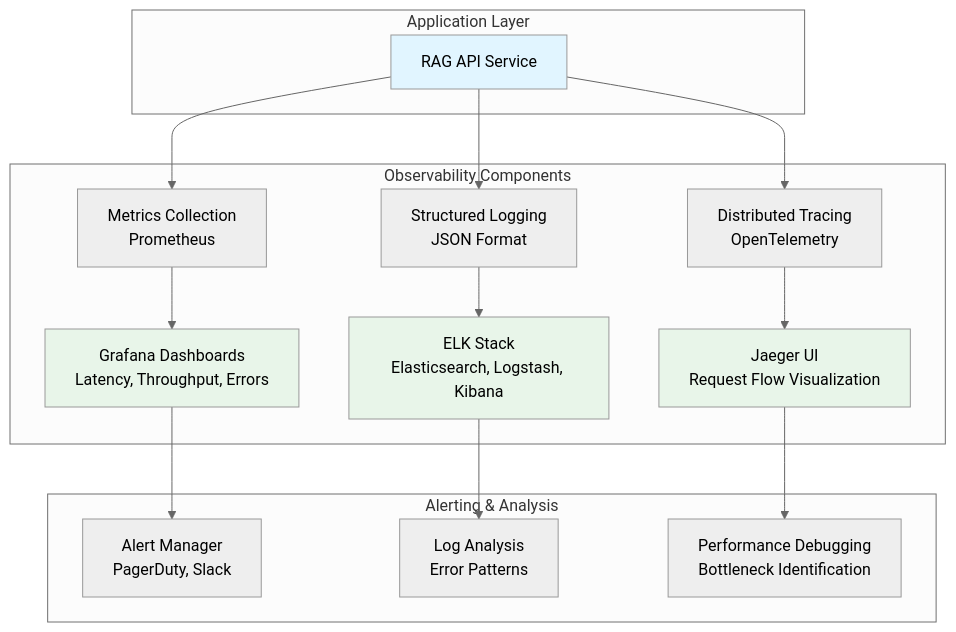
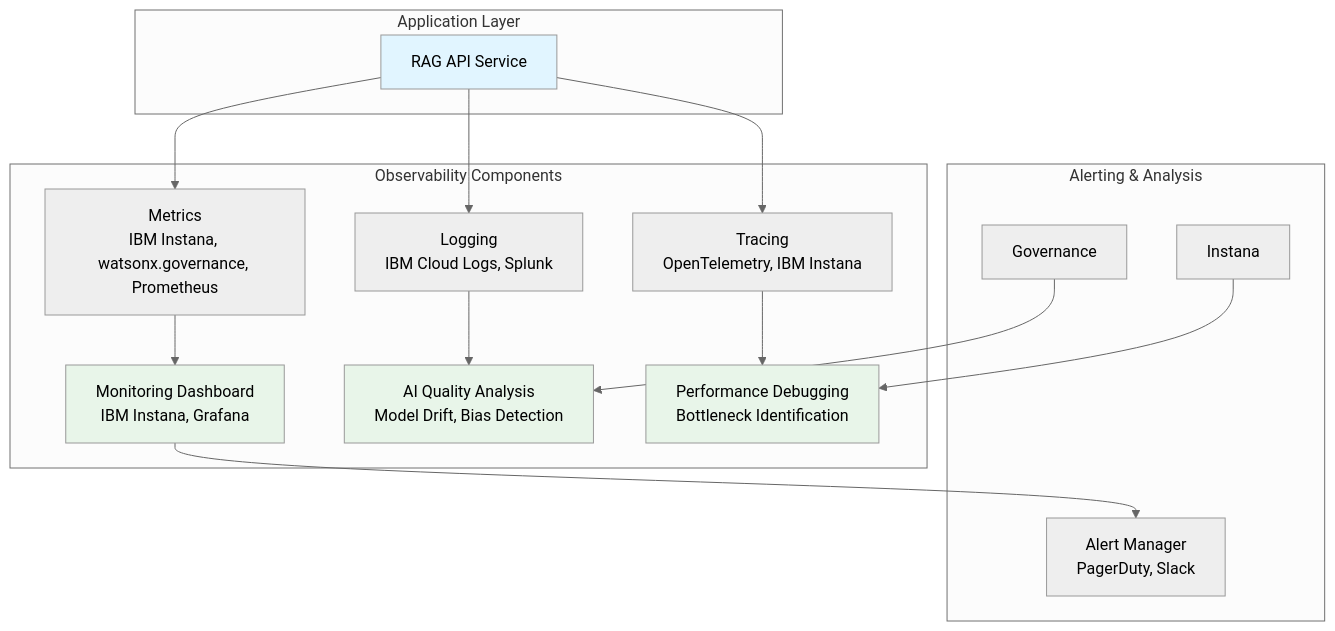
One commit to pravinbhat/pravinbhat.github.io changed the sixth of 6 diagrams in Enterprise_RAG_Architecture_Guide.md. Above: the diagram before and after it, drawn with Mermaid (neutral theme). The commit also changed other lines of this file, not shown here.

Commit message:
Updated diagrams to use terms consistent with docs

````diff
--- a/Enterprise_RAG_Architecture_Guide.md
+++ b/Enterprise_RAG_Architecture_Guide.md
@@ -1063,27 +1070,27 @@
 ```mermaid
 graph TB
     subgraph "Application Layer"
         API[RAG API Service]
     end
     
     subgraph "Observability Components"
-        API --> Metrics[Metrics Collection<br/>Prometheus]
-        API --> Logs[Structured Logging<br/>JSON Format]
-        API --> Traces[Distributed Tracing<br/>OpenTelemetry]
+        API --> Metrics[Metrics<br/>IBM Instana, watsonx.governance, Prometheus]
+        API --> Logs[Logging<br/>IBM Cloud Logs, Splunk]
+        API --> Traces[Tracing<br/>OpenTelemetry, IBM Instana]
         
-        Metrics --> Grafana[Grafana Dashboards<br/>Latency, Throughput, Errors]
-        Logs --> ELK[ELK Stack<br/>Elasticsearch, Logstash, Kibana]
-        Traces --> Jaeger[Jaeger UI<br/>Request Flow Visualization]
+        Metrics --> Dashboard[Monitoring Dashboard<br/>IBM Instana, Grafana]
+        Logs --> Analysis[Log Analysis<br/>Error Patterns, Trends]
+        Traces --> Debug[Performance Debugging<br/>Bottleneck Identification]
     end
     
     subgraph "Alerting & Analysis"
-        Grafana --> Alerts[Alert Manager<br/>PagerDuty, Slack]
-        ELK --> Analysis[Log Analysis<br/>Error Patterns]
-        Jaeger --> Debug[Performance Debugging<br/>Bottleneck Identification]
+        Dashboard --> Alerts[Alert Manager<br/>PagerDuty, Slack]
+        Governance --> Analysis[AI Quality Analysis<br/>Model Drift, Bias Detection]
+        Instana --> Debug[Performance Debugging<br/>Bottleneck Identification]
     end
     
     style API fill:#e1f5ff
-    style Grafana fill:#e8f5e9
-    style ELK fill:#e8f5e9
-    style Jaeger fill:#e8f5e9
+    style Dashboard fill:#e8f5e9
+    style Analysis fill:#e8f5e9
+    style Debug fill:#e8f5e9
 ```
````
